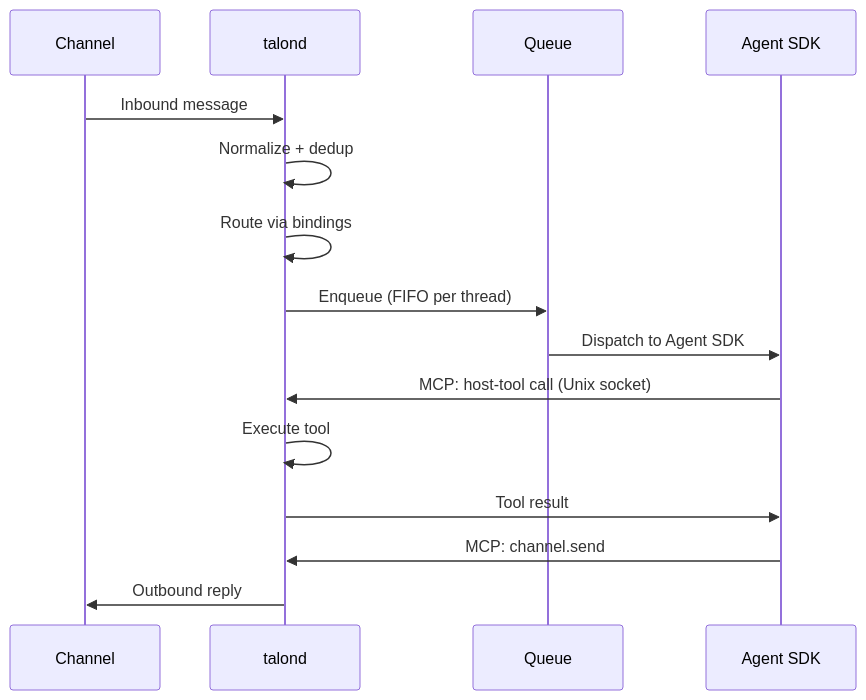
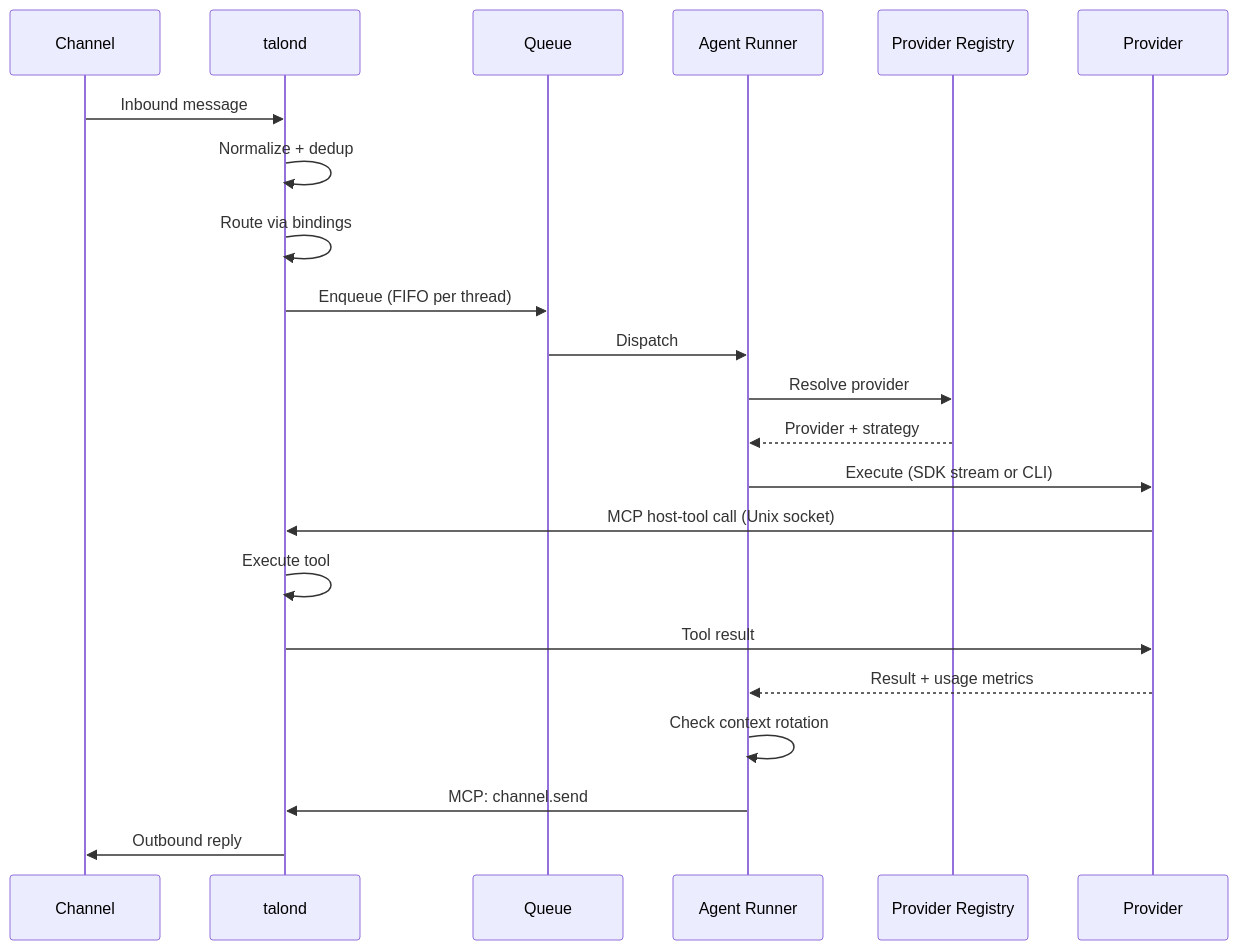
One commit to Haasie/talon changed the second of 5 diagrams in README.md. Above: the diagram before and after it, drawn with Mermaid. The commit also changed other lines of this file, not shown here.

Commit message:
chore(docs): Update diagrams

````diff
--- a/README.md
+++ b/README.md
@@ -149,18 +163,25 @@
 ```mermaid
 sequenceDiagram
     participant Ch as Channel
     participant D as talond
     participant Q as Queue
-    participant A as Agent SDK
+    participant AR as Agent Runner
+    participant PR as Provider Registry
+    participant P as Provider
 
     Ch->>D: Inbound message
     D->>D: Normalize + dedup
     D->>D: Route via bindings
     D->>Q: Enqueue (FIFO per thread)
-    Q->>A: Dispatch to Agent SDK
-    A->>D: MCP: host-tool call (Unix socket)
+    Q->>AR: Dispatch
+    AR->>PR: Resolve provider
+    PR-->>AR: Provider + strategy
+    AR->>P: Execute (SDK stream or CLI)
+    P->>D: MCP host-tool call (Unix socket)
     D->>D: Execute tool
-    D->>A: Tool result
-    A->>D: MCP: channel.send
+    D->>P: Tool result
+    P-->>AR: Result + usage metrics
+    AR->>AR: Check context rotation
+    AR->>D: MCP: channel.send
     D->>Ch: Outbound reply
 ```
````
